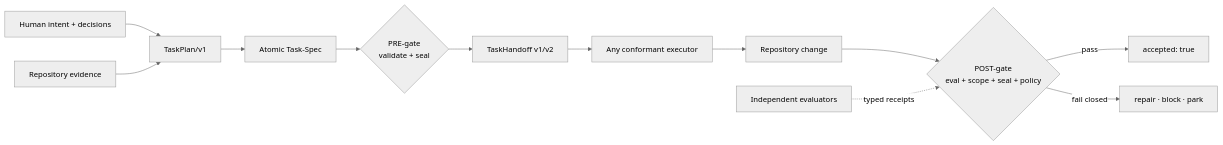
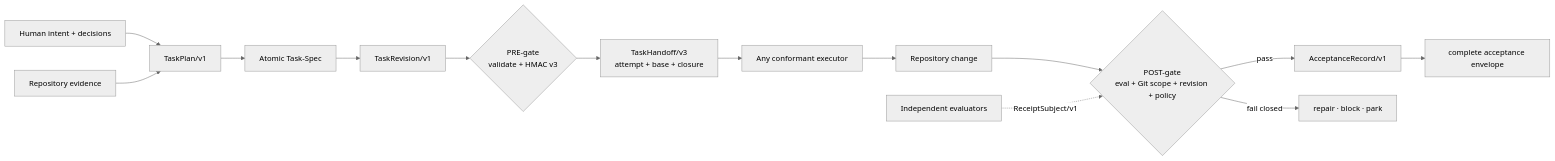
Before and after one commit to luanmorenommaciel/task-spec: the first of 2 diagrams in README.md, drawn with Mermaid (neutral theme). The commit also changed other lines of this file and 144 other files, not shown here.

Commit message:
Release Task-Spec 3.8 trust and global experience

````diff
--- a/README.md
+++ b/README.md
@@ -349,14 +371,16 @@
 ```mermaid
 flowchart LR
     Human["Human intent + decisions"] --> Plan["TaskPlan/v1"]
     Repo["Repository evidence"] --> Plan
     Plan --> Spec["Atomic Task-Spec"]
-    Spec --> Pre{"PRE-gate<br/>validate + seal"}
-    Pre --> Handoff["TaskHandoff v1/v2"]
+    Spec --> Revision["TaskRevision/v1"]
+    Revision --> Pre{"PRE-gate<br/>validate + HMAC v3"}
+    Pre --> Handoff["TaskHandoff/v3<br/>attempt + base + closure"]
     Handoff --> Executor["Any conformant executor"]
     Executor --> Change["Repository change"]
-    Change --> Post{"POST-gate<br/>eval + scope + seal + policy"}
-    Evaluators["Independent evaluators"] -. "typed receipts" .-> Post
-    Post -->|pass| Accepted["accepted: true"]
+    Change --> Post{"POST-gate<br/>eval + Git scope + revision + policy"}
+    Evaluators["Independent evaluators"] -. "ReceiptSubject/v1" .-> Post
+    Post -->|pass| Record["AcceptanceRecord/v1"]
+    Record --> Accepted["complete acceptance envelope"]
     Post -->|fail closed| Repair["repair · block · park"]
 ```
````
